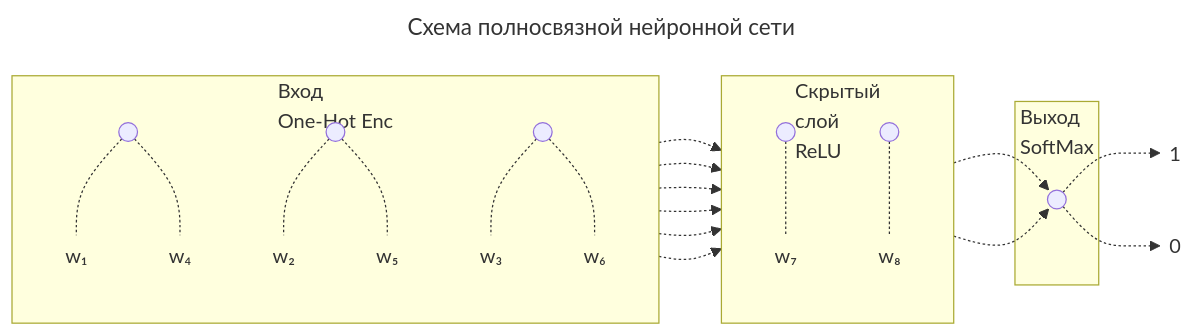
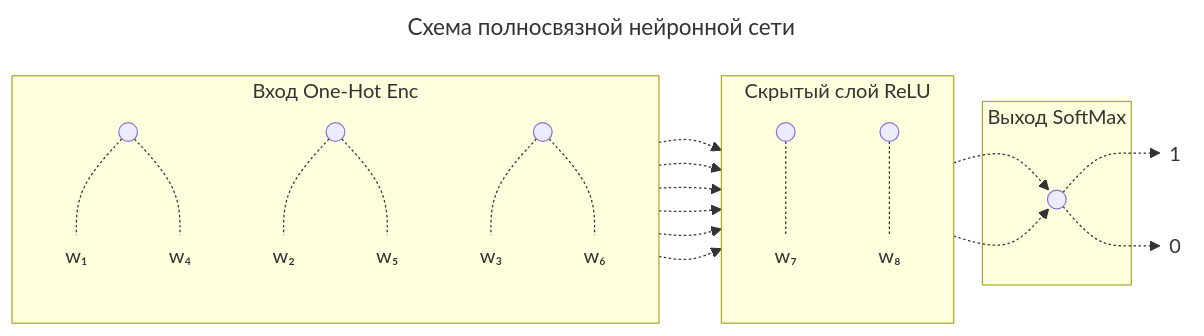
The first of 2 diagrams in readme.md (denisbolshakoff/Automation_of_prereview_of_scientific_manuscripts), drawn with Mermaid before and after one commit.

Commit message:
исправлена нейродиаграмма

````diff
--- a/readme.md
+++ b/readme.md
@@ -36,56 +36,56 @@
 ```mermaid
 ---
 title: Схема полносвязной нейронной сети
 ---
 
 graph LR
 
 classDef nofill fill:none, stroke:none;
 
 
-    subgraph Clients[Вход</br>One-Hot Enc]
+    subgraph Clients[Вход One-Hot Enc]
         direction TB
 	 A1((" ")) 
 	 A2((" "))
 	 A3((" "))
 	 L1(("w₁")):::nofill
 	 L2(("w₂")):::nofill
 	 L3(("w₃")):::nofill
 	 L4(("w₄")):::nofill
 	 L5(("w₅")):::nofill
 	 L6(("w₆")):::nofill
  	end
 
-	subgraph Hidden[Скрытый<br/>слой<br/>ReLU]
+	subgraph Hidden[Скрытый слой ReLU]
 	direction TB
 	 B1((" "))
 	 B2((" "))
 	 L7(("w₇")):::nofill
 	 L8(("w₈")):::nofill
 	end
 
-	subgraph exit[Выход<br/>SoftMax]
+	subgraph exit[Выход SoftMax]
 	 C1((" "))
 	end
 
 
 	L9(("1")):::nofill
 	L10(("0")):::nofill
 	
 	 A1 -.-L1-.-> B1
 	 A2 -.-L2-.-> B1
 	 A3 -.-L3-.-> B1
 
 	 A1-.-L4-.->B2
 	 A2-.-L5-.->B2
 	 A3-.-L6-.->B2
 
 
 	 C1 -.-> L9
 	 C1 -.-> L10
 
 
 	 B1-.-L7-.->C1
 	 B2-.-L8-.->C1
 
 ```
````
